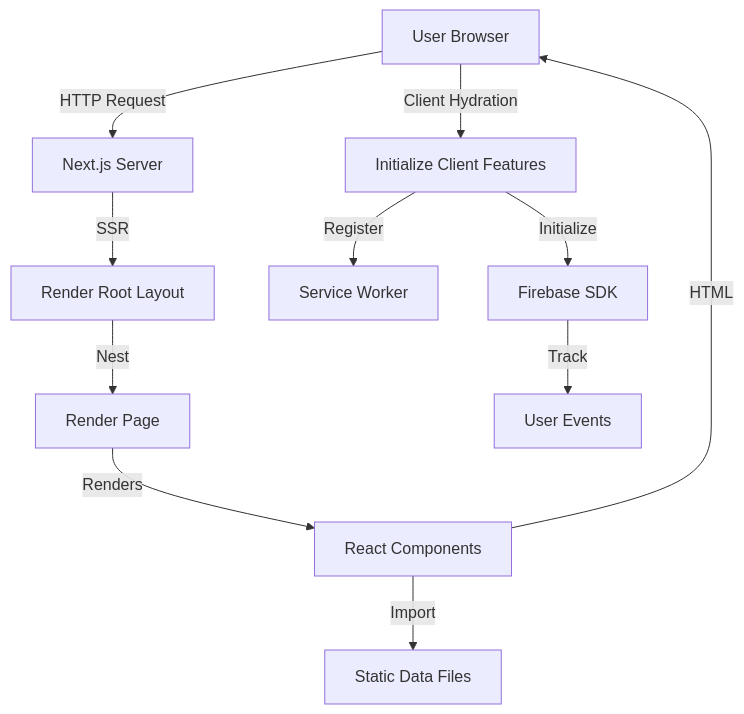
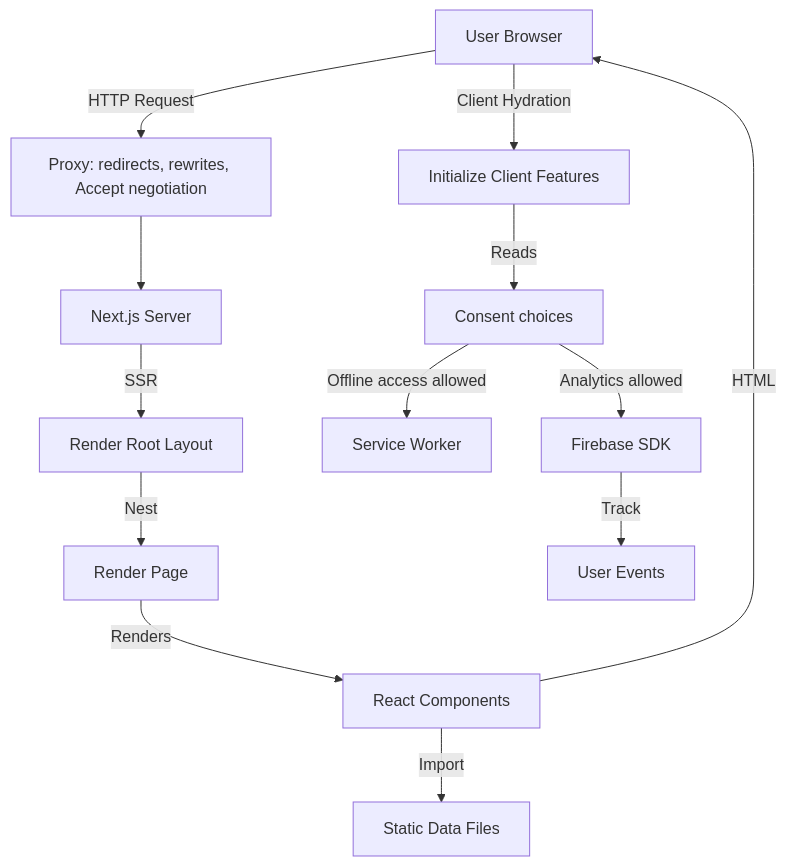
Before and after one commit to AlexJSully/AlexJSully-Portfolio: the diagram in docs/architecture/index.md, drawn with Mermaid. The commit also changed other lines of this file and 124 other files, not shown here.

````diff
--- a/docs/architecture/index.md
+++ b/docs/architecture/index.md
@@ -31,15 +31,17 @@
 ```mermaid
 flowchart TD
     accTitle: System Request Lifecycle
-    accDescr: Request flow showing how a browser request is processed by Next.js server, rendered using static data, and hydrated on client with service worker and Firebase initialization
-    Browser[User Browser] -->|HTTP Request| NextJS[Next.js Server]
+    accDescr: Request flow showing how a browser request passes through the proxy to the Next.js server, is rendered using static data, and is hydrated on the client, where the service worker and Firebase start only once the visitor allows them
+    Browser[User Browser] -->|HTTP Request| Proxy["Proxy: redirects, rewrites, Accept negotiation"]
+    Proxy --> NextJS[Next.js Server]
     NextJS -->|SSR| Layout[Render Root Layout]
     Layout -->|Nest| Page[Render Page]
     Page -->|Renders| Components[React Components]
     Components -->|Import| Data[Static Data Files]
     Components -->|HTML| Browser
     Browser -->|Client Hydration| ClientInit[Initialize Client Features]
-    ClientInit -->|Register| SW[Service Worker]
-    ClientInit -->|Initialize| Firebase[Firebase SDK]
+    ClientInit -->|Reads| Consent[Consent choices]
+    Consent -->|Offline access allowed| SW[Service Worker]
+    Consent -->|Analytics allowed| Firebase[Firebase SDK]
     Firebase -->|Track| Analytics[User Events]
 ```
````
